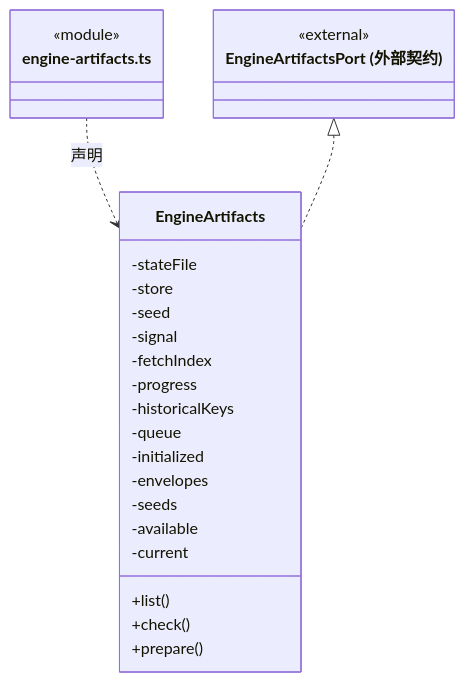
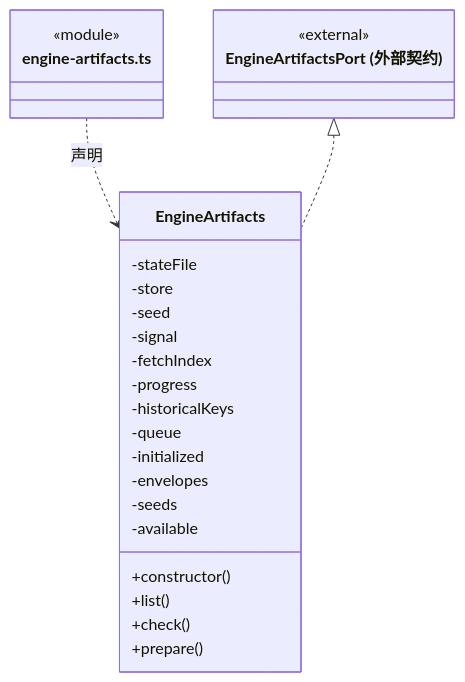
The fourth of 28 diagrams in src/logic/updates/service/ARCHITECTURE.md (nan023062/cbim), drawn with Mermaid before and after one commit. The commit also changed other lines of this file and 139 other files, not shown here.

Commit message:
docs(architecture): add source reading paths and complete file inventories

````diff
--- a/src/logic/updates/service/ARCHITECTURE.md
+++ b/src/logic/updates/service/ARCHITECTURE.md
@@ -106,29 +111,29 @@
 ```mermaid
 classDiagram
 class N_src_logic_updates_service_engine_artifacts_ts["engine-artifacts.ts"] {
   <<module>>
 }
 class N_src_logic_updates_service_engine_artifacts_ts_EngineArtifacts["EngineArtifacts"] {
+  +constructor()
   +list()
   +check()
   +prepare()
   -stateFile
   -store
   -seed
   -signal
   -fetchIndex
   -progress
   -historicalKeys
   -queue
   -initialized
   -envelopes
   -seeds
   -available
-  -current
 }
 N_src_logic_updates_service_engine_artifacts_ts ..> N_src_logic_updates_service_engine_artifacts_ts_EngineArtifacts : 声明
 class N_src_logic_updates_service_engine_artifacts_ts_external_EngineArtifactsPort["EngineArtifactsPort (外部契约)"] {
   <<external>>
 }
 N_src_logic_updates_service_engine_artifacts_ts_external_EngineArtifactsPort <|.. N_src_logic_updates_service_engine_artifacts_ts_EngineArtifacts
 ```
````
